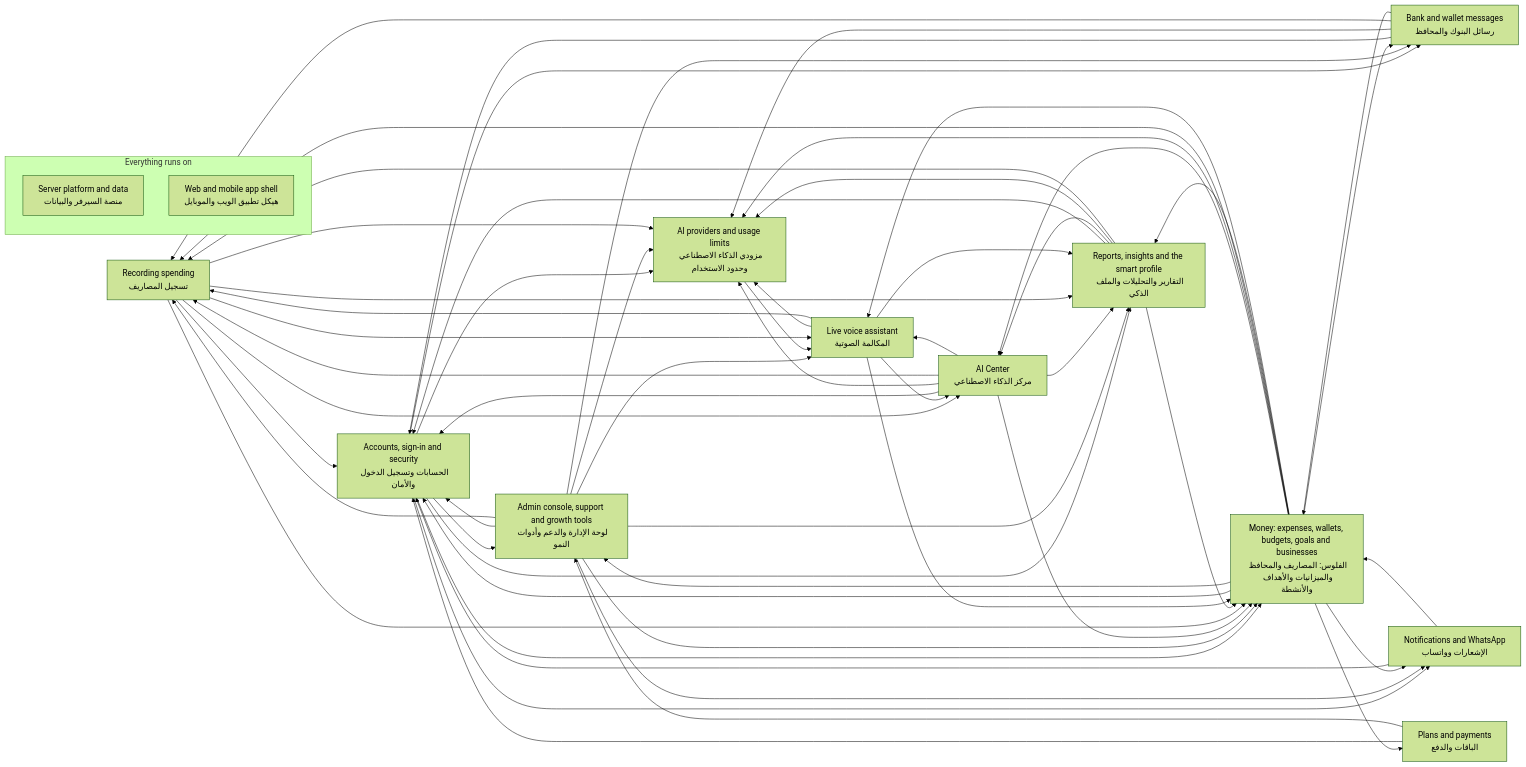
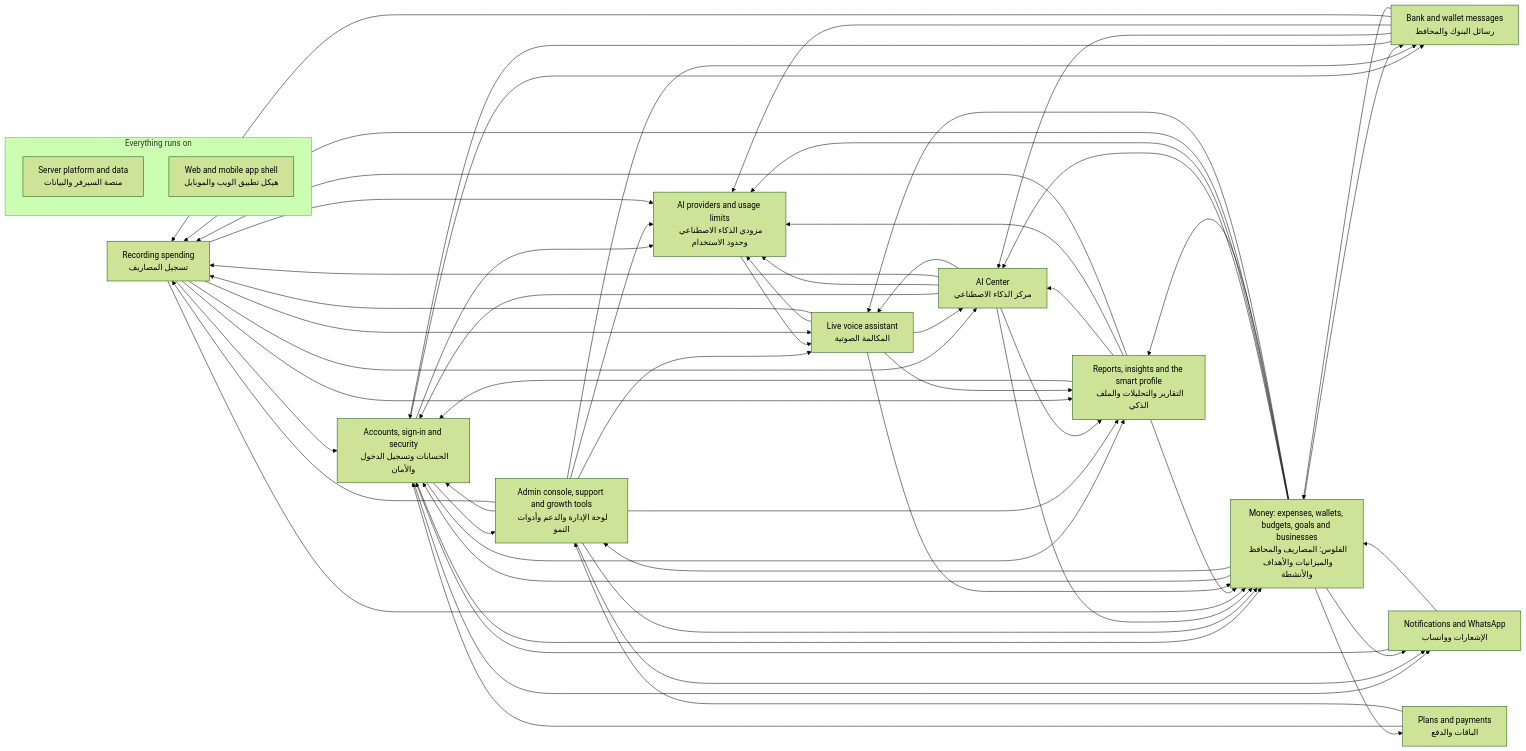
One commit to mahmoudtaherr111/smartspend_mini_all changed the diagram in docs/atlas/systems/README.md. Above: the diagram before and after it, drawn with Mermaid (forest theme). The commit also changed other lines of this file and 127 other files, not shown here.

````diff
--- a/docs/atlas/systems/README.md
+++ b/docs/atlas/systems/README.md
@@ -15,73 +15,74 @@
 ```mermaid
 flowchart LR
   sys_expense_capture["Recording spending<br/>تسجيل المصاريف"]
   sys_bank_messages["Bank and wallet messages<br/>رسائل البنوك والمحافظ"]
   sys_voice_calls["Live voice assistant<br/>المكالمة الصوتية"]
   sys_ai_center["AI Center<br/>مركز الذكاء الاصطناعي"]
   sys_insights["Reports, insights and the smart profile<br/>التقارير والتحليلات والملف الذكي"]
   sys_money["Money: expenses, wallets, budgets, goals and businesses<br/>الفلوس: المصاريف والمحافظ والميزانيات والأهداف والأنشطة"]
   sys_accounts["Accounts, sign-in and security<br/>الحسابات وتسجيل الدخول والأمان"]
   sys_billing["Plans and payments<br/>الباقات والدفع"]
   sys_notifications["Notifications and WhatsApp<br/>الإشعارات وواتساب"]
   sys_admin["Admin console, support and growth tools<br/>لوحة الإدارة والدعم وأدوات النمو"]
   sys_ai_platform["AI providers and usage limits<br/>مزودي الذكاء الاصطناعي وحدود الاستخدام"]
   subgraph g_foundation["Everything runs on"]
     sys_platform["Server platform and data<br/>منصة السيرفر والبيانات"]
     sys_web_app["Web and mobile app shell<br/>هيكل تطبيق الويب والموبايل"]
   end
   sys_accounts --> sys_admin
   sys_accounts --> sys_ai_platform
   sys_accounts --> sys_bank_messages
   sys_accounts --> sys_insights
   sys_accounts --> sys_money
   sys_accounts --> sys_notifications
   sys_admin --> sys_accounts
   sys_admin --> sys_ai_platform
   sys_admin --> sys_bank_messages
   sys_admin --> sys_expense_capture
   sys_admin --> sys_insights
   sys_admin --> sys_money
   sys_admin --> sys_notifications
   sys_admin --> sys_voice_calls
   sys_ai_center --> sys_accounts
   sys_ai_center --> sys_ai_platform
   sys_ai_center --> sys_expense_capture
   sys_ai_center --> sys_insights
   sys_ai_center --> sys_money
   sys_ai_center --> sys_voice_calls
   sys_ai_platform --> sys_voice_calls
   sys_bank_messages --> sys_accounts
+  sys_bank_messages --> sys_ai_center
   sys_bank_messages --> sys_ai_platform
   sys_bank_messages --> sys_expense_capture
   sys_bank_messages --> sys_money
   sys_billing --> sys_accounts
   sys_billing --> sys_admin
   sys_expense_capture --> sys_accounts
   sys_expense_capture --> sys_ai_center
   sys_expense_capture --> sys_ai_platform
   sys_expense_capture --> sys_insights
   sys_expense_capture --> sys_money
   sys_expense_capture --> sys_voice_calls
   sys_insights --> sys_accounts
   sys_insights --> sys_ai_center
   sys_insights --> sys_ai_platform
   sys_insights --> sys_expense_capture
   sys_insights --> sys_money
   sys_money --> sys_accounts
   sys_money --> sys_admin
   sys_money --> sys_ai_center
   sys_money --> sys_ai_platform
   sys_money --> sys_bank_messages
   sys_money --> sys_billing
   sys_money --> sys_expense_capture
   sys_money --> sys_insights
   sys_money --> sys_notifications
   sys_money --> sys_voice_calls
   sys_notifications --> sys_accounts
   sys_notifications --> sys_money
   sys_voice_calls --> sys_ai_center
   sys_voice_calls --> sys_ai_platform
   sys_voice_calls --> sys_expense_capture
   sys_voice_calls --> sys_insights
   sys_voice_calls --> sys_money
 ```
````
